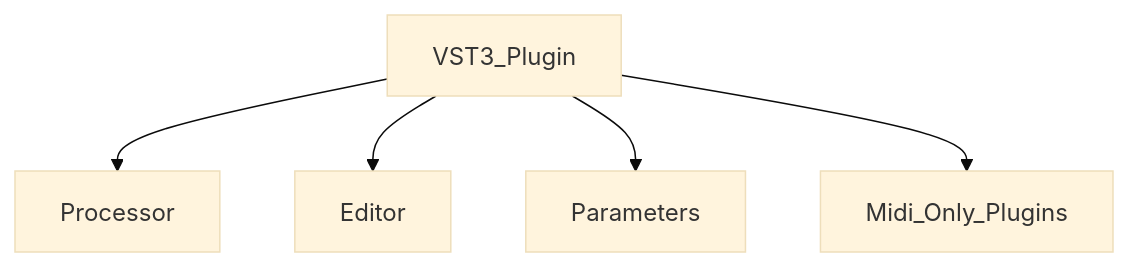
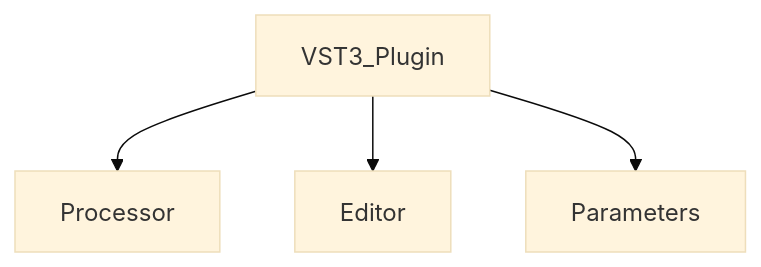
Before and after one commit to neuralmidifx/neuralmidifx.github.io: the first of 6 diagrams in docs/4_PluginBasics.md, drawn with Mermaid (base theme). The commit also changed other lines of this file, not shown here.

Commit message:
Plugin Basics

````diff
--- a/docs/4_PluginBasics.md
+++ b/docs/4_PluginBasics.md
@@ -27,7 +27,6 @@
 ```mermaid
 flowchart TB
   VST3_Plugin --> Processor
   VST3_Plugin --> Editor
   VST3_Plugin --> Parameters
-  VST3_Plugin --> Midi_Only_Plugins
 ```
````
